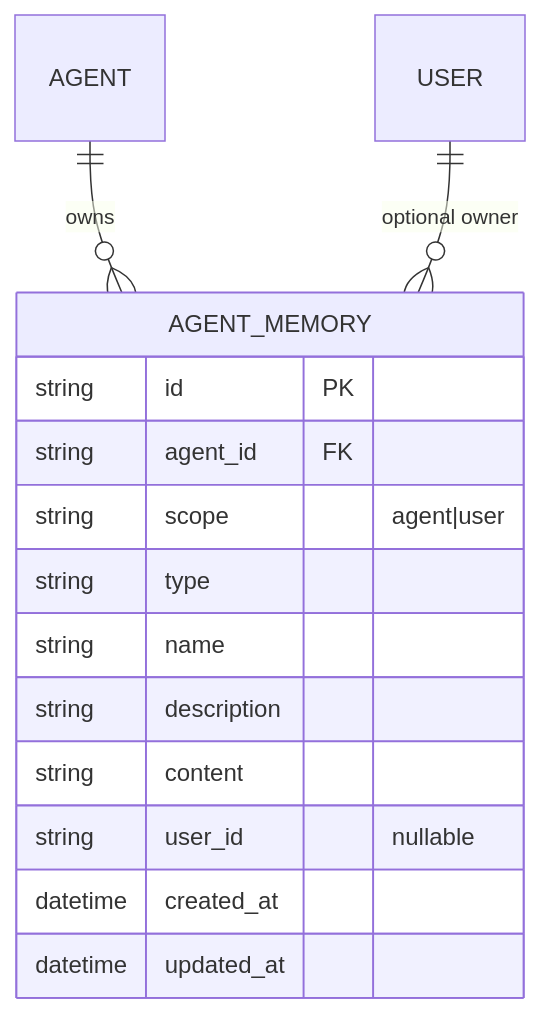
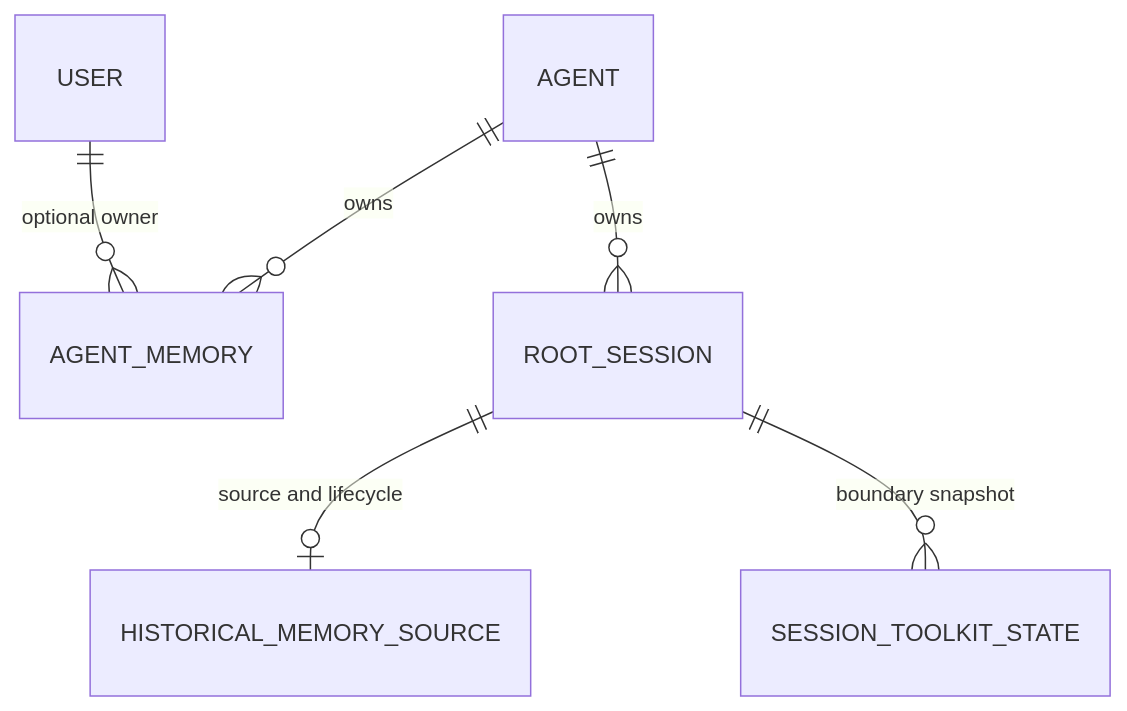
One commit to azents/azents changed the diagram in docs/azents/spec/domain/memory.md. Above: the diagram before and after it, drawn with Mermaid. The commit also changed other lines of this file and 34 other files, not shown here.

Commit message:
feat(memory): complete historical memory QA and rollout

````diff
--- a/docs/azents/spec/domain/memory.md
+++ b/docs/azents/spec/domain/memory.md
@@ -51,18 +90,8 @@
 ```mermaid
 erDiagram
     AGENT ||--o{ AGENT_MEMORY : owns
     USER ||--o{ AGENT_MEMORY : "optional owner"
-
-    AGENT_MEMORY {
-        string id PK
-        string agent_id FK
-        string scope "agent|user"
-        string type
-        string name
-        string description
-        string content
-        string user_id "nullable"
-        datetime created_at
-        datetime updated_at
-    }
+    AGENT ||--o{ ROOT_SESSION : owns
+    ROOT_SESSION ||--o| HISTORICAL_MEMORY_SOURCE : "source and lifecycle"
+    ROOT_SESSION ||--o{ SESSION_TOOLKIT_STATE : "boundary snapshot"
 ```
````
